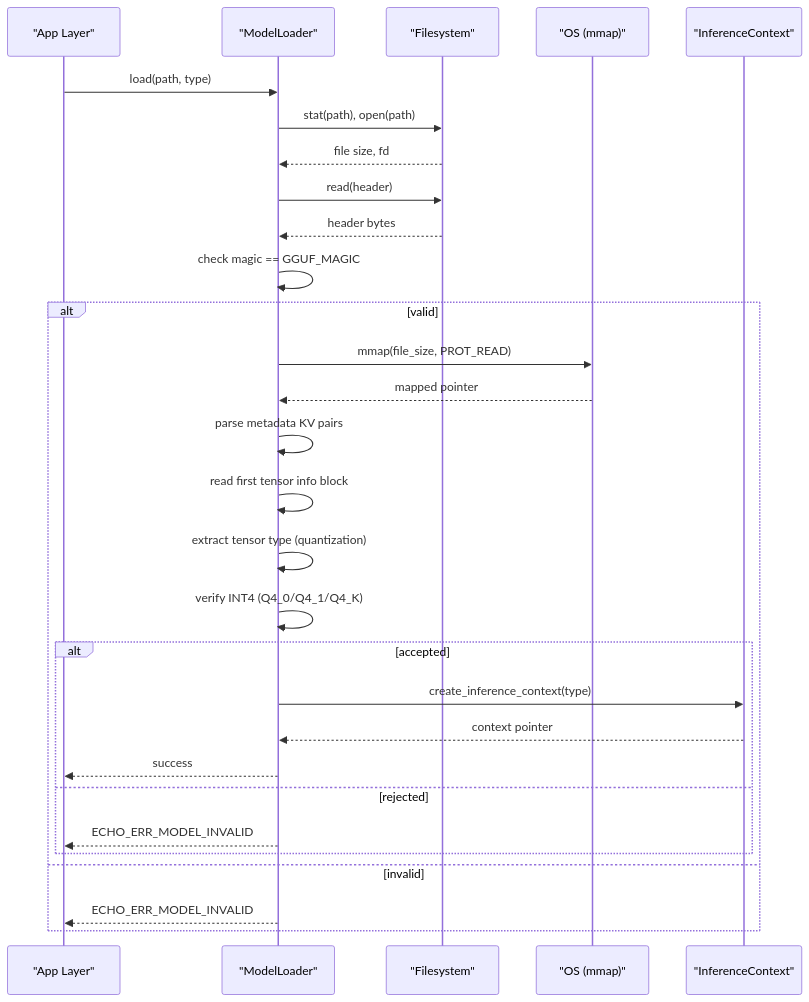
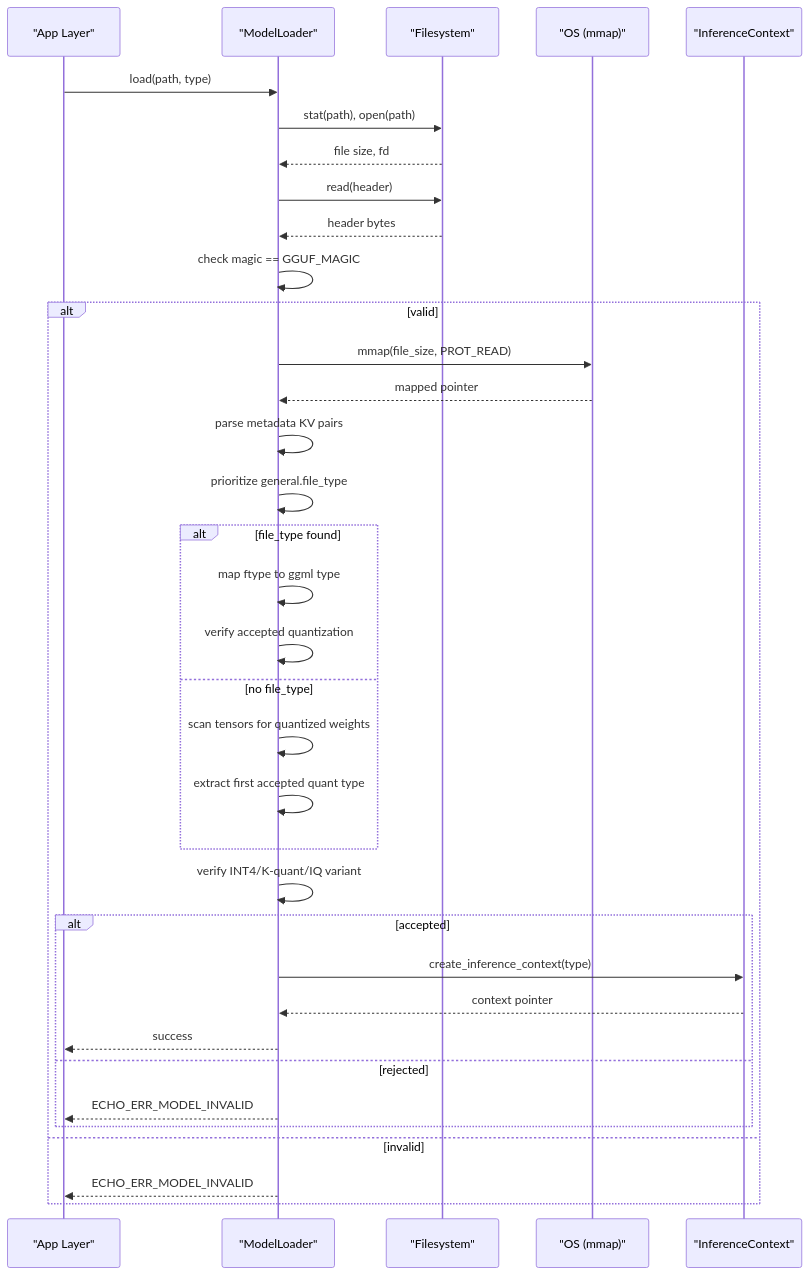
Before and after one commit to iMyth/QwenEcho: the second of 3 diagrams in .qoder/repowiki/en/content/Model Management System/GGUF Model Format.md, drawn with Mermaid. The commit also changed other lines of this file and 129 other files, not shown here.

````diff
--- a/.qoder/repowiki/en/content/Model Management System/GGUF Model Format.md
+++ b/.qoder/repowiki/en/content/Model Management System/GGUF Model Format.md
@@ -71,31 +80,37 @@
 ```mermaid
 sequenceDiagram
 participant App as "App Layer"
 participant Loader as "ModelLoader"
 participant FS as "Filesystem"
 participant OS as "OS (mmap)"
 participant Ctx as "InferenceContext"
 App->>Loader : load(path, type)
 Loader->>FS : stat(path), open(path)
 FS-->>Loader : file size, fd
 Loader->>FS : read(header)
 FS-->>Loader : header bytes
 Loader->>Loader : check magic == GGUF_MAGIC
 alt valid
 Loader->>OS : mmap(file_size, PROT_READ)
 OS-->>Loader : mapped pointer
 Loader->>Loader : parse metadata KV pairs
-Loader->>Loader : read first tensor info block
-Loader->>Loader : extract tensor type (quantization)
-Loader->>Loader : verify INT4 (Q4_0/Q4_1/Q4_K)
+Loader->>Loader : prioritize general.file_type
+alt file_type found
+Loader->>Loader : map ftype to ggml type
+Loader->>Loader : verify accepted quantization
+else no file_type
+Loader->>Loader : scan tensors for quantized weights
+Loader->>Loader : extract first accepted quant type
+end
+Loader->>Loader : verify INT4/K-quant/IQ variant
 alt accepted
 Loader->>Ctx : create_inference_context(type)
 Ctx-->>Loader : context pointer
 Loader-->>App : success
 else rejected
 Loader-->>App : ECHO_ERR_MODEL_INVALID
 end
 else invalid
 Loader-->>App : ECHO_ERR_MODEL_INVALID
 end
 ```
````
